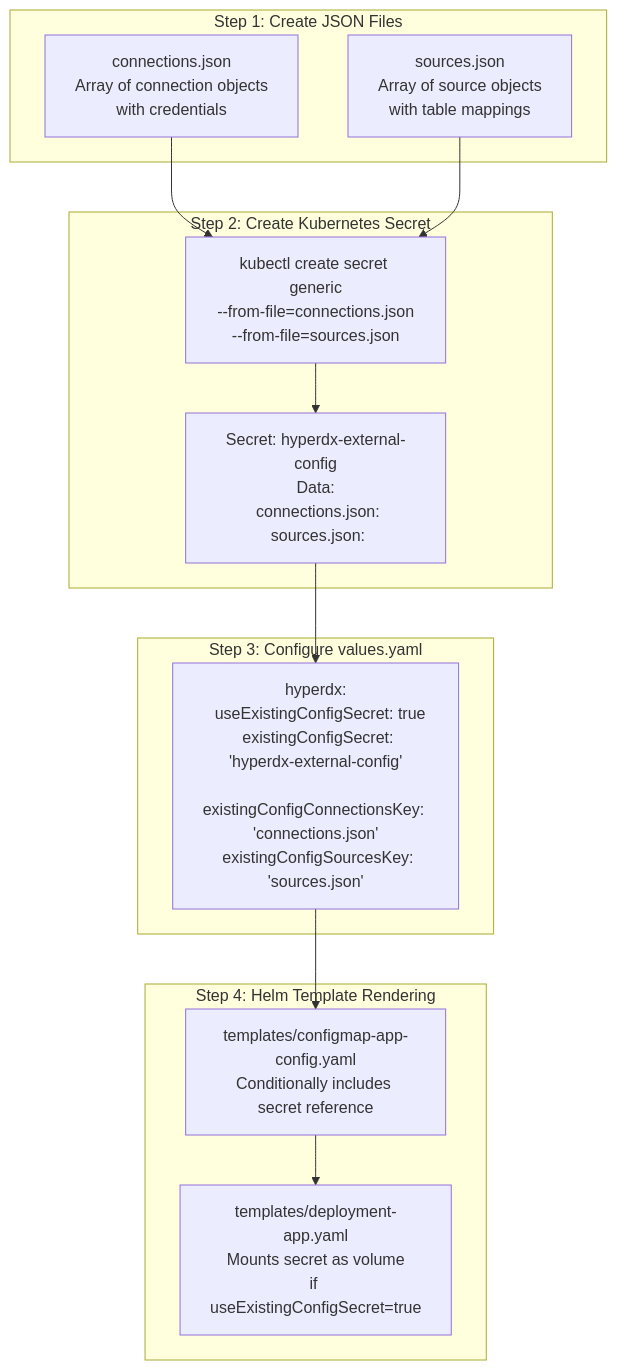
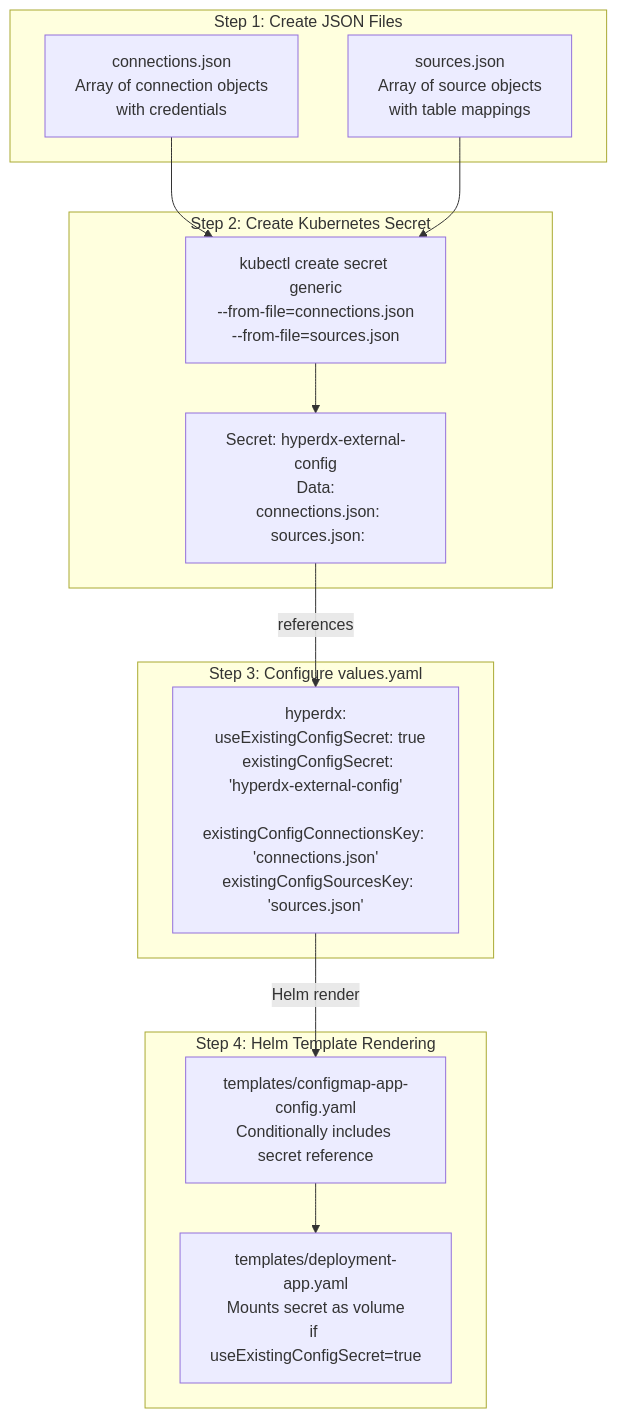
The third of 5 diagrams in docs/hyperdxio-helm-charts-docs/Minimal-Deployment.md (openchoreo/openchoreo), drawn with Mermaid before and after one commit. The commit also changed other lines of this file and 85 other files, not shown here.

Commit message:
feat: Add new workflow and specification templates, update Helm chart dependencies, and clarify documentation diagrams.

````diff
--- a/docs/hyperdxio-helm-charts-docs/Minimal-Deployment.md
+++ b/docs/hyperdxio-helm-charts-docs/Minimal-Deployment.md
@@ -343,37 +343,37 @@
 ```mermaid
 flowchart TD
 
 ConnectionsJSON["connections.json<br>Array of connection objects<br>with credentials"]
 SourcesJSON["sources.json<br>Array of source objects<br>with table mappings"]
 CreateSecret["kubectl create secret generic<br>--from-file=connections.json<br>--from-file=sources.json"]
 K8sSecret["Secret: hyperdx-external-config<br>Data:<br>  connections.json: <base64><br>  sources.json: <base64>"]
 ValuesConfig["hyperdx:<br>  useExistingConfigSecret: true<br>  existingConfigSecret: 'hyperdx-external-config'<br>  existingConfigConnectionsKey: 'connections.json'<br>  existingConfigSourcesKey: 'sources.json'"]
 HelmTemplate["templates/configmap-app-config.yaml<br>Conditionally includes secret reference"]
 AppDeployment["templates/deployment-app.yaml<br>Mounts secret as volume<br>if useExistingConfigSecret=true"]
 
 ConnectionsJSON --> CreateSecret
 SourcesJSON --> CreateSecret
-K8sSecret --> ValuesConfig
-ValuesConfig --> HelmTemplate
+K8sSecret -->|"references"| ValuesConfig
+ValuesConfig -->|"Helm render"| HelmTemplate
 
 subgraph subGraph3 ["Step 4: Helm Template Rendering"]
     HelmTemplate
     AppDeployment
     HelmTemplate --> AppDeployment
 end
 
 subgraph subGraph2 ["Step 3: Configure values.yaml"]
     ValuesConfig
 end
 
 subgraph subGraph1 ["Step 2: Create Kubernetes Secret"]
     CreateSecret
     K8sSecret
     CreateSecret --> K8sSecret
 end
 
 subgraph subGraph0 ["Step 1: Create JSON Files"]
     ConnectionsJSON
     SourcesJSON
 end
 ```
````
